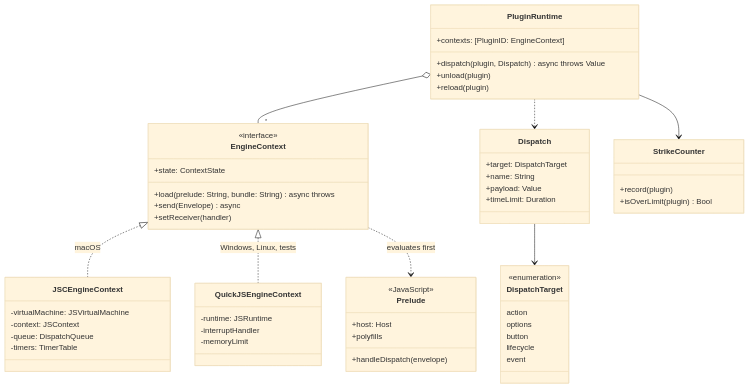
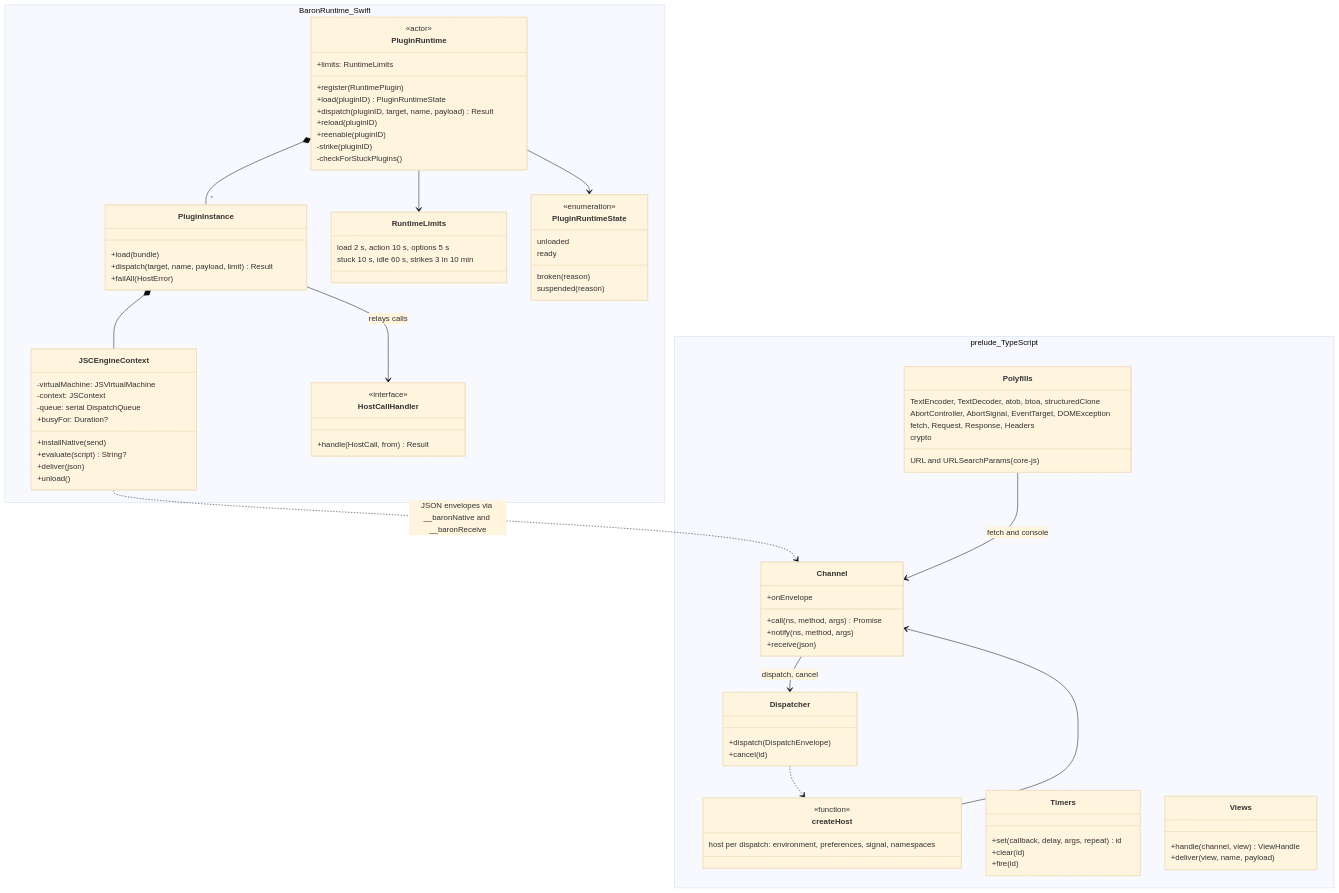
The first of 2 diagrams in docs/design/plugin-platform/02-runtime.md (mx-in/ODH), drawn with Mermaid (base theme) before and after one commit. The commit also changed other lines of this file and 4 other files, not shown here.

First line of the commit message:
docs(design): draw the runtime, host API and tooling as built in task-005

````diff
--- a/docs/design/plugin-platform/02-runtime.md
+++ b/docs/design/plugin-platform/02-runtime.md
@@ -123,58 +138,88 @@
 ```mermaid
 classDiagram
-  class PluginRuntime {
-    +contexts: [PluginID: EngineContext]
-    +dispatch(plugin, Dispatch) async throws Value
-    +unload(plugin)
-    +reload(plugin)
+  namespace prelude_TypeScript {
+    class Channel {
+      +call(ns, method, args) Promise
+      +notify(ns, method, args)
+      +receive(json)
+      +onEnvelope
+    }
+    class Dispatcher {
+      +dispatch(DispatchEnvelope)
+      +cancel(id)
+    }
+    class createHost {
+      <<function>>
+      host per dispatch: environment, preferences, signal, namespaces
+    }
+    class Timers {
+      +set(callback, delay, args, repeat) id
+      +clear(id)
+      +fire(id)
+    }
+    class Views {
+      +handle(channel, view) ViewHandle
+      +deliver(view, name, payload)
+    }
+    class Polyfills {
+      URL and URLSearchParams (core-js)
+      TextEncoder, TextDecoder, atob, btoa, structuredClone
+      AbortController, AbortSignal, EventTarget, DOMException
+      fetch, Request, Response, Headers
+      crypto
+    }
   }
-  class EngineContext {
-    <<interface>>
-    +state: ContextState
-    +load(prelude: String, bundle: String) async throws
-    +send(Envelope) async
-    +setReceiver(handler)
+  namespace BaronRuntime_Swift {
+    class PluginRuntime {
+      <<actor>>
+      +limits: RuntimeLimits
+      +register(RuntimePlugin)
+      +load(pluginID) PluginRuntimeState
+      +dispatch(pluginID, target, name, payload) Result
+      +reload(pluginID)
+      +reenable(pluginID)
+      -strike(pluginID)
+      -checkForStuckPlugins()
+    }
+    class PluginInstance {
+      +load(bundle)
+      +dispatch(target, name, payload, limit) Result
+      +failAll(HostError)
+    }
+    class JSCEngineContext {
+      -virtualMachine: JSVirtualMachine
+      -context: JSContext
+      -queue: serial DispatchQueue
+      +installNative(send)
+      +evaluate(script) String?
+      +deliver(json)
+      +busyFor: Duration?
+      +unload()
+    }
+    class RuntimeLimits {
+      load 2 s, action 10 s, options 5 s
+      stuck 10 s, idle 60 s, strikes 3 in 10 min
+    }
+    class PluginRuntimeState {
+      <<enumeration>>
+      unloaded
+      ready
+      broken(reason)
+      suspended(reason)
+    }
+    class HostCallHandler {
+      <<interface>>
+      +handle(HostCall, from) Result
+    }
   }
-  class JSCEngineContext {
-    -virtualMachine: JSVirtualMachine
-    -context: JSContext
-    -queue: DispatchQueue
-    -timers: TimerTable
-  }
-  class QuickJSEngineContext {
-    -runtime: JSRuntime
-    -interruptHandler
-    -memoryLimit
-  }
-  class Dispatch {
-    +target: DispatchTarget
-    +name: String
-    +payload: Value
-    +timeLimit: Duration
-  }
-  class DispatchTarget {
-    <<enumeration>>
-    action
-    options
-    button
-    lifecycle
-    event
-  }
-  class StrikeCounter {
-    +record(plugin)
-    +isOverLimit(plugin) Bool
-  }
-  class Prelude {
-    <<JavaScript>>
-    +host: Host
-    +handleDispatch(envelope)
-    +polyfills
-  }
-  PluginRuntime o-- "*" EngineContext
-  EngineContext <|.. JSCEngineContext : macOS
-  EngineContext <|.. QuickJSEngineContext : Windows, Linux, tests
-  PluginRuntime ..> Dispatch
-  Dispatch --> DispatchTarget
-  PluginRuntime --> StrikeCounter
-  EngineContext ..> Prelude : evaluates first
+  PluginRuntime *-- "*" PluginInstance
+  PluginRuntime --> RuntimeLimits
+  PluginRuntime --> PluginRuntimeState
+  PluginInstance *-- JSCEngineContext
+  PluginInstance --> HostCallHandler : relays calls
+  JSCEngineContext ..> Channel : JSON envelopes via __baronNative and __baronReceive
+  Channel --> Dispatcher : dispatch, cancel
+  Dispatcher ..> createHost
+  createHost --> Channel
+  Polyfills --> Channel : fetch and console
 ```
````
